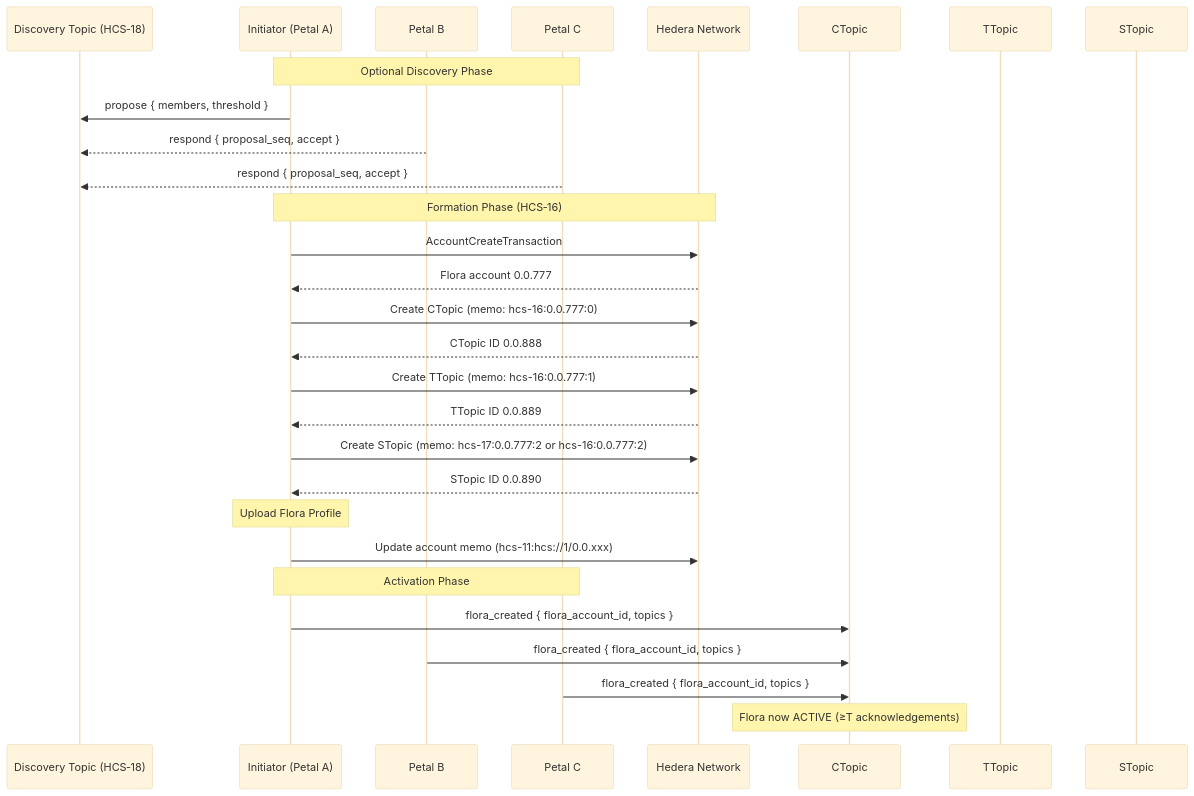
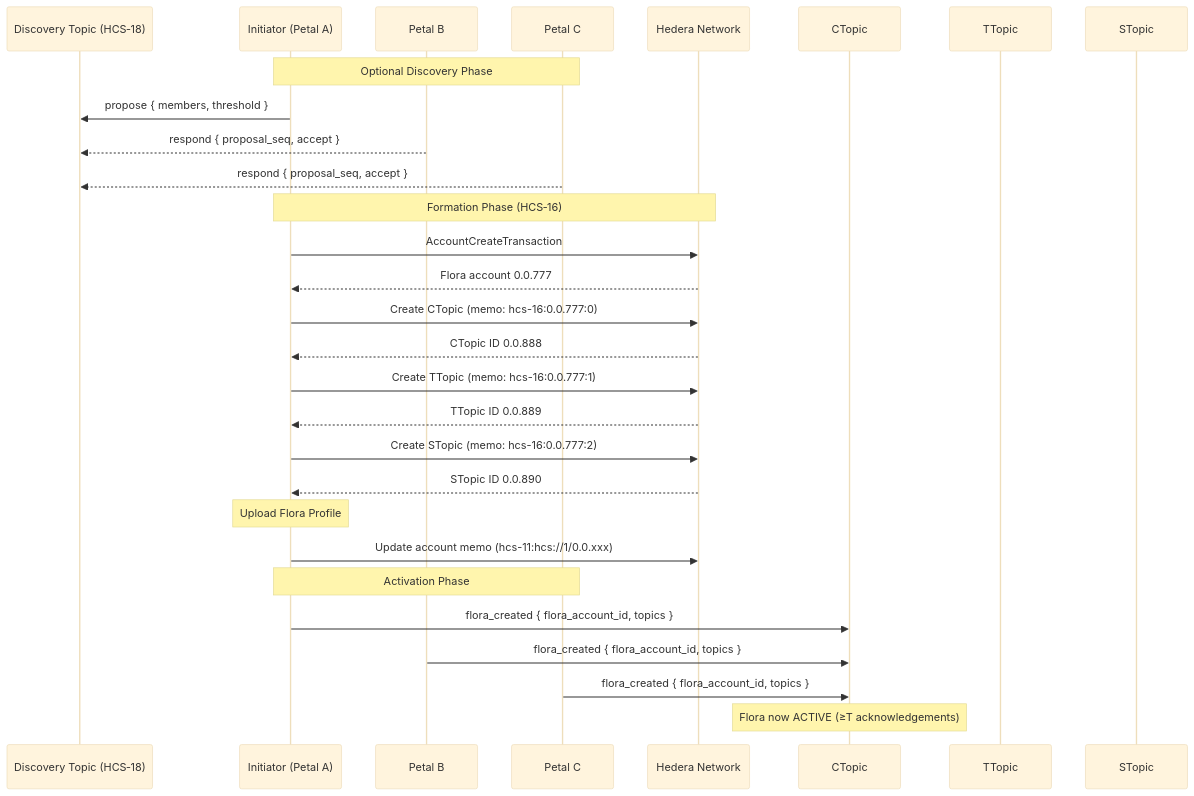
Before and after one commit to hashgraph-online/hcs-improvement-proposals: the diagram in docs/standards/hcs-16.md, drawn with Mermaid (base theme). The commit also changed other lines of this file and 1 other file, not shown here.

````diff
--- a/docs/standards/hcs-16.md
+++ b/docs/standards/hcs-16.md
@@ -750,40 +787,40 @@
 ```mermaid
 sequenceDiagram
     participant DT as Discovery Topic (HCS‑18)
     participant I as Initiator (Petal A)
     participant B as Petal B
     participant C as Petal C
     participant Net as Hedera Network
     participant CT as CTopic
     participant TT as TTopic
     participant ST as STopic
 
     Note over I,C: Optional Discovery Phase
     I->>DT: propose { members, threshold }
     B-->>DT: respond { proposal_seq, accept }
     C-->>DT: respond { proposal_seq, accept }
 
     Note over I,Net: Formation Phase (HCS‑16)
     I->>Net: AccountCreateTransaction
     Net-->>I: Flora account 0.0.777
 
     I->>Net: Create CTopic (memo: hcs-16:0.0.777:0)
     Net-->>I: CTopic ID 0.0.888
 
     I->>Net: Create TTopic (memo: hcs-16:0.0.777:1)
     Net-->>I: TTopic ID 0.0.889
 
-    I->>Net: Create STopic (memo: hcs-17:0.0.777:2 or hcs-16:0.0.777:2)
+    I->>Net: Create STopic (memo: hcs-16:0.0.777:2)
     Net-->>I: STopic ID 0.0.890
 
     Note over I: Upload Flora Profile
 
     I->>Net: Update account memo (hcs-11:hcs://1/0.0.xxx)
 
     Note over I,C: Activation Phase
     I->>CT: flora_created { flora_account_id, topics }
     B->>CT: flora_created { flora_account_id, topics }
     C->>CT: flora_created { flora_account_id, topics }
 
     Note over CT: Flora now ACTIVE (≥T acknowledgements)
 ```
````
